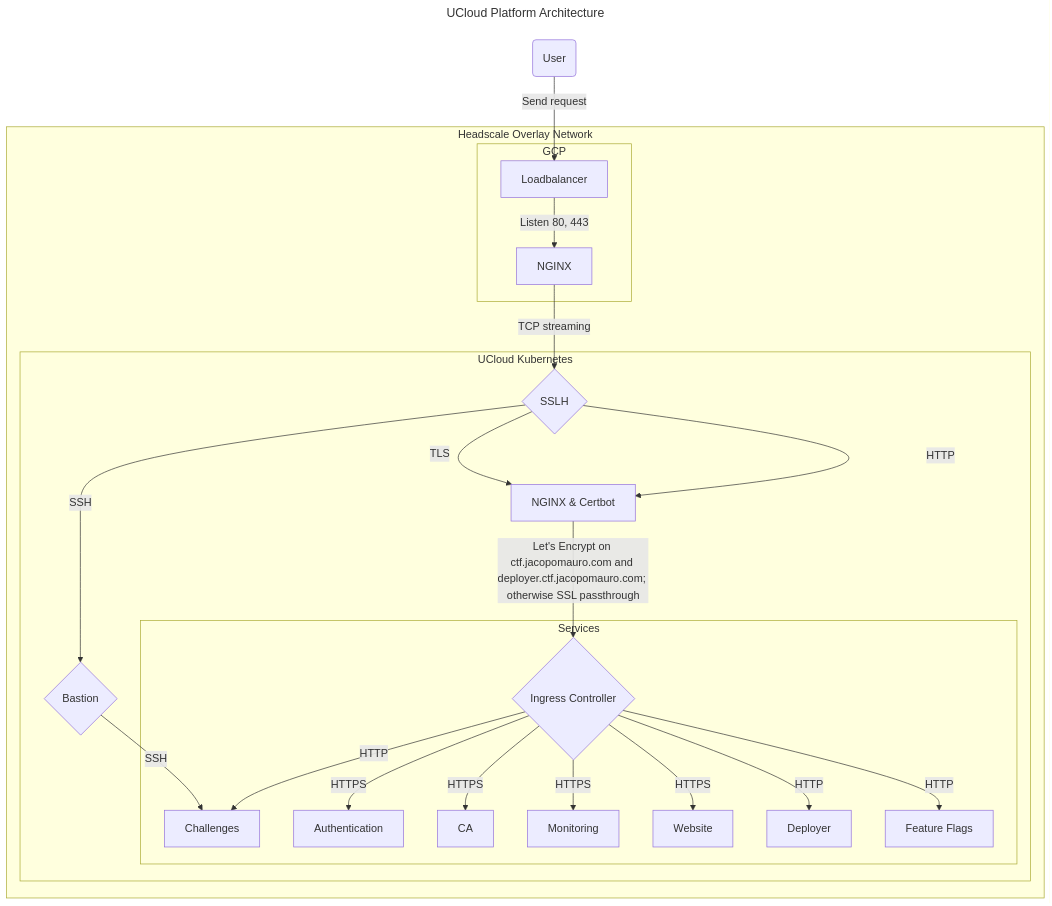
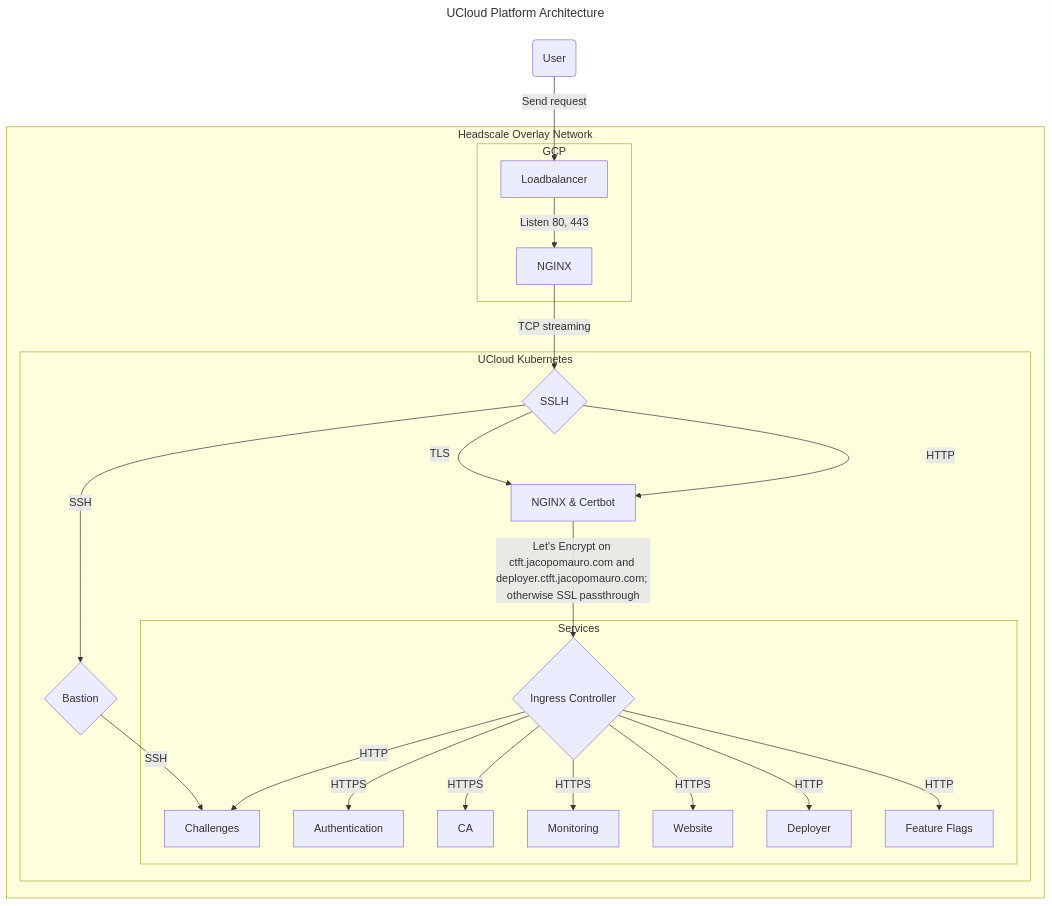
Before and after one commit to mattrent/CTF-Platform: the first of 3 diagrams in README.md, drawn with Mermaid. The commit also changed other lines of this file and 6 other files, not shown here.

````diff
--- a/README.md
+++ b/README.md
@@ -62,29 +62,29 @@
 ```mermaid
 ---
 title: UCloud Platform Architecture
 ---
 graph TD
     A(User) -->|Send request| B[Loadbalancer]
 subgraph Headscale Overlay Network
 subgraph GCP
     B -->|Listen 80, 443| C[NGINX]
 end
 subgraph UCloud Kubernetes
     C -->|TCP streaming| J{SSLH}
     J -->|SSH| K{Bastion}
     J -->|TLS| L[NGINX & Certbot]
     J -->|HTTP| L
     K -->|SSH| E[Challenges]
-    L -->|Let's Encrypt on ctf.jacopomauro.com and deployer.ctf.jacopomauro.com; otherwise SSL passthrough| G{Ingress Controller}
+    L -->|Let's Encrypt on ctft.jacopomauro.com and deployer.ctft.jacopomauro.com; otherwise SSL passthrough| G{Ingress Controller}
 subgraph Services
     G -->|HTTPS| H[Authentication]
     G -->|HTTPS| I[CA]
     G -->|HTTP| E
     G -->|HTTPS| F[Monitoring]
     G -->|HTTPS| O[Website]
     G -->|HTTP| P[Deployer]
     G -->|HTTP| Q[Feature Flags]
 end
 end
 end
 ```
````
